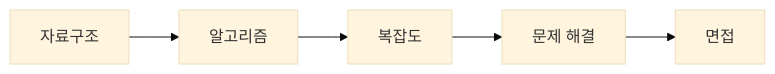
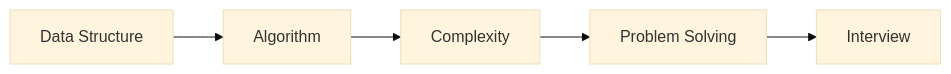
The diagram in content/computer-science-major-101/ko/03-data-structures-and-algorithms.md (yeongseon-books/book-content), drawn with Mermaid (base theme) before and after one commit. The commit also changed other lines of this file and 9 other files, not shown here.

````diff
--- a/content/computer-science-major-101/ko/03-data-structures-and-algorithms.md
+++ b/content/computer-science-major-101/ko/03-data-structures-and-algorithms.md
@@ -55,7 +50,7 @@
 ```mermaid
 flowchart LR
-    D[자료구조] --> A[알고리즘]
-    A --> C[복잡도]
-    C --> P[문제 해결]
-    P --> I[면접]
+    D[Data Structure] --> A[Algorithm]
+    A --> C[Complexity]
+    C --> P[Problem Solving]
+    P --> I[Interview]
 ```
````
